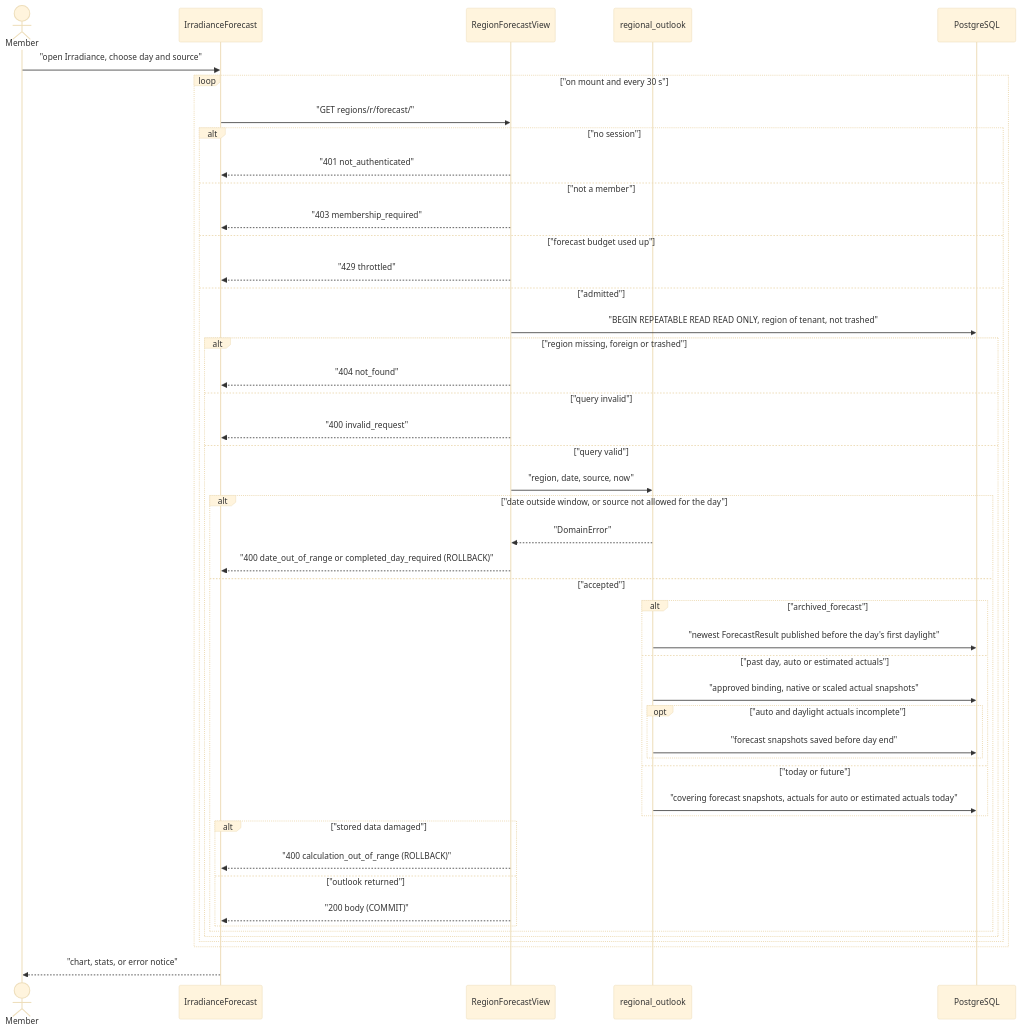
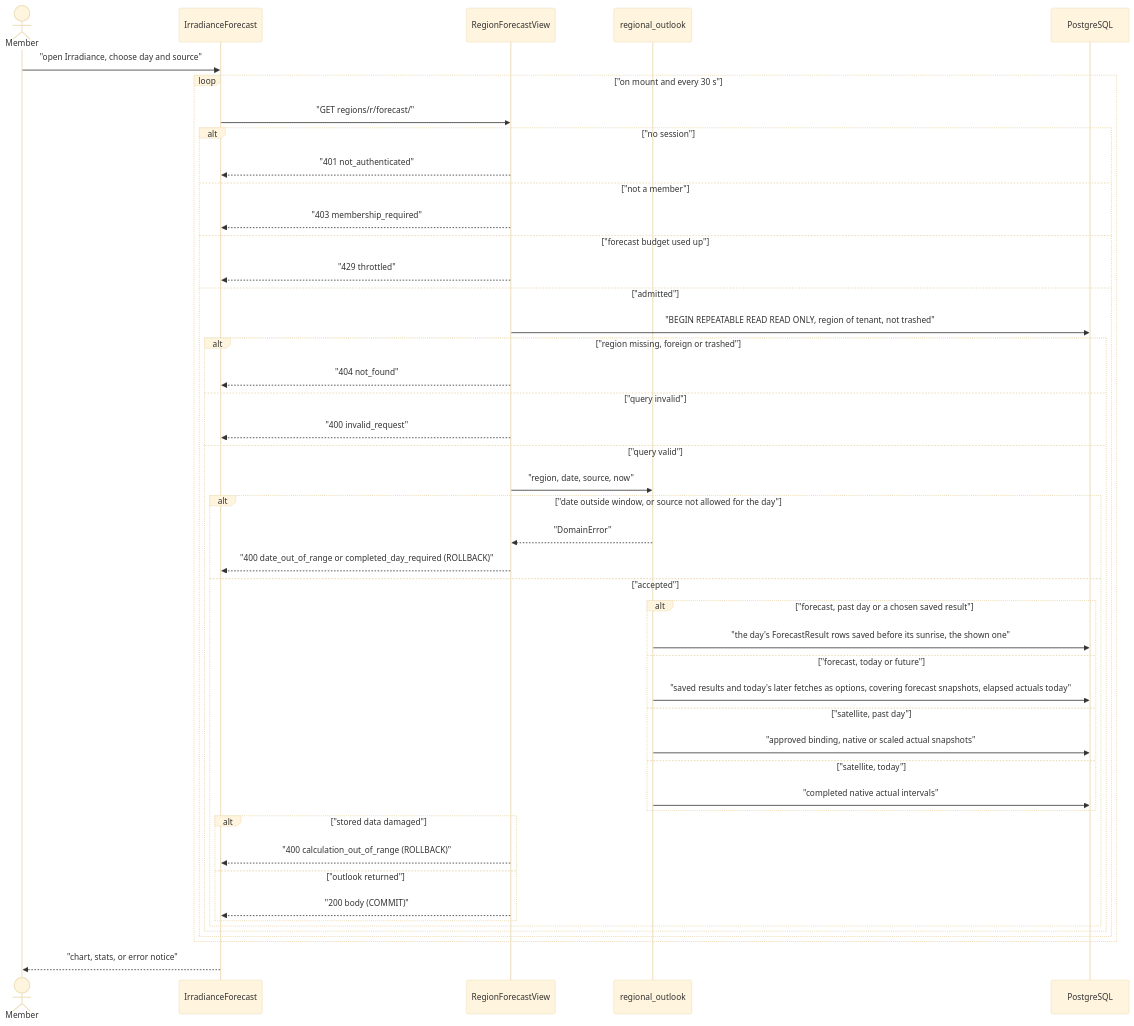
The diagram in docs/flows/irradiance-forecast-view.md (erkurtharun/pyracast), drawn with Mermaid (base theme) before and after one commit. The commit also changed other lines of this file and 52 other files, not shown here.

First line of the commit message:
Bring the flow pages up to date with the session, forecast and mail changes (#200)

````diff
--- a/docs/flows/irradiance-forecast-view.md
+++ b/docs/flows/irradiance-forecast-view.md
@@ -12,49 +12,48 @@
 ```mermaid
 sequenceDiagram
     actor U as Member
     participant P as IrradianceForecast
     participant V as RegionForecastView
     participant O as regional_outlook
     participant DB as PostgreSQL
     U->>P: "open Irradiance, choose day and source"
     loop "on mount and every 30 s"
         P->>V: "GET regions/r/forecast/"
         alt "no session"
             V-->>P: "401 not_authenticated"
         else "not a member"
             V-->>P: "403 membership_required"
         else "forecast budget used up"
             V-->>P: "429 throttled"
         else "admitted"
             V->>DB: "BEGIN REPEATABLE READ READ ONLY, region of tenant, not trashed"
             alt "region missing, foreign or trashed"
                 V-->>P: "404 not_found"
             else "query invalid"
                 V-->>P: "400 invalid_request"
             else "query valid"
                 V->>O: "region, date, source, now"
                 alt "date outside window, or source not allowed for the day"
                     O-->>V: "DomainError"
                     V-->>P: "400 date_out_of_range or completed_day_required (ROLLBACK)"
                 else "accepted"
-                    alt "archived_forecast"
-                        O->>DB: "newest ForecastResult published before the day's first daylight"
-                    else "past day, auto or estimated actuals"
+                    alt "forecast, past day or a chosen saved result"
+                        O->>DB: "the day's ForecastResult rows saved before its sunrise, the shown one"
+                    else "forecast, today or future"
+                        O->>DB: "saved results and today's later fetches as options, covering forecast snapshots, elapsed actuals today"
+                    else "satellite, past day"
                         O->>DB: "approved binding, native or scaled actual snapshots"
-                        opt "auto and daylight actuals incomplete"
-                            O->>DB: "forecast snapshots saved before day end"
-                        end
-                    else "today or future"
-                        O->>DB: "covering forecast snapshots, actuals for auto or estimated actuals today"
+                    else "satellite, today"
+                        O->>DB: "completed native actual intervals"
                     end
                     alt "stored data damaged"
                         V-->>P: "400 calculation_out_of_range (ROLLBACK)"
                     else "outlook returned"
                         V-->>P: "200 body (COMMIT)"
                     end
                 end
             end
         end
     end
     P-->>U: "chart, stats, or error notice"
 ```
````
